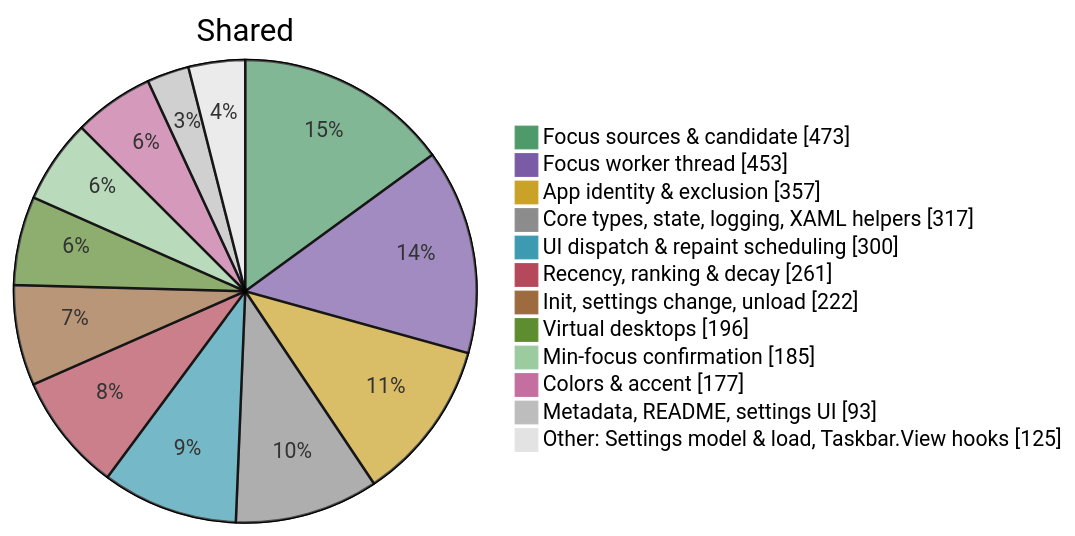
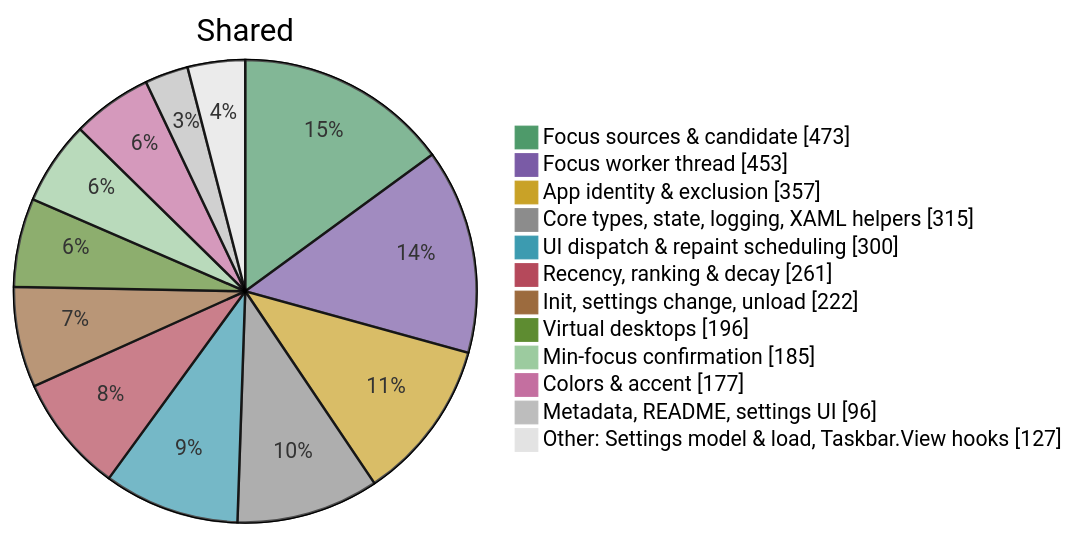
Before and after one commit to jvlasek/taskbar-recent-focus-highlight: the fourth of 5 diagrams in doc/code/code-breakdown.md, drawn with Mermaid. The commit also changed other lines of this file and 8 other files, not shown here.

````diff
--- a/doc/code/code-breakdown.md
+++ b/doc/code/code-breakdown.md
@@ -134,16 +134,16 @@
 ```mermaid
 %%{init: {"themeVariables": {"pie1": "#4E9A6A", "pie2": "#7A5BA6", "pie3": "#C9A227", "pie4": "#8C8C8C", "pie5": "#3C9BB0", "pie6": "#B5495B", "pie7": "#9C6B3E", "pie8": "#5E8C31", "pie9": "#9CCB9F", "pie10": "#C46FA0", "pie11": "#BDBDBD", "pie12": "#E3E3E3", "pieOuterStrokeWidth": "1px"}}}%%
 pie showData title Shared
     "Focus sources & candidate" : 473
     "Focus worker thread" : 453
     "App identity & exclusion" : 357
-    "Core types, state, logging, XAML helpers" : 317
+    "Core types, state, logging, XAML helpers" : 315
     "UI dispatch & repaint scheduling" : 300
     "Recency, ranking & decay" : 261
     "Init, settings change, unload" : 222
     "Virtual desktops" : 196
     "Min-focus confirmation" : 185
     "Colors & accent" : 177
-    "Metadata, README, settings UI" : 93
-    "Other: Settings model & load, Taskbar.View hooks" : 125
+    "Metadata, README, settings UI" : 96
+    "Other: Settings model & load, Taskbar.View hooks" : 127
 ```
````
